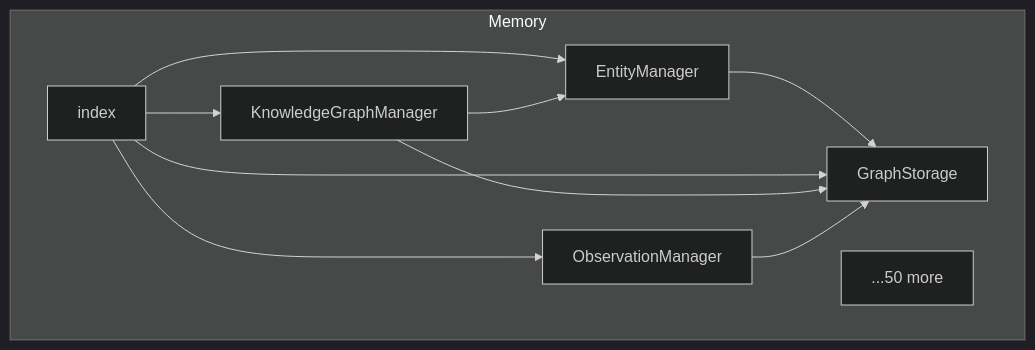
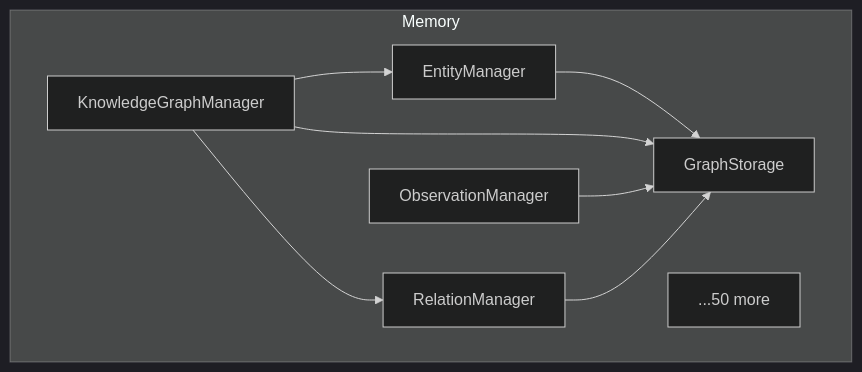
The diagram in docs/architecture/DEPENDENCY_GRAPH.md (NavinAgrawal/memory-mcp), drawn with Mermaid (dark theme) before and after one commit. The commit also changed other lines of this file and 6 other files, not shown here.

First line of the commit message:
docs: update README and docs to reflect accurate 47-tool architecture

````diff
--- a/docs/architecture/DEPENDENCY_GRAPH.md
+++ b/docs/architecture/DEPENDENCY_GRAPH.md
@@ -848,20 +848,18 @@
 ```mermaid
 graph TD
     subgraph Memory
         N0[EntityManager]
         N1[GraphStorage]
-        N2[index]
-        N3[KnowledgeGraphManager]
-        N4[ObservationManager]
+        N2[KnowledgeGraphManager]
+        N3[ObservationManager]
+        N4[RelationManager]
         N5[...50 more]
     end
 
     N0 --> N1
     N2 --> N1
     N2 --> N0
     N2 --> N4
-    N2 --> N3
     N3 --> N1
-    N3 --> N0
     N4 --> N1
 ```
````
